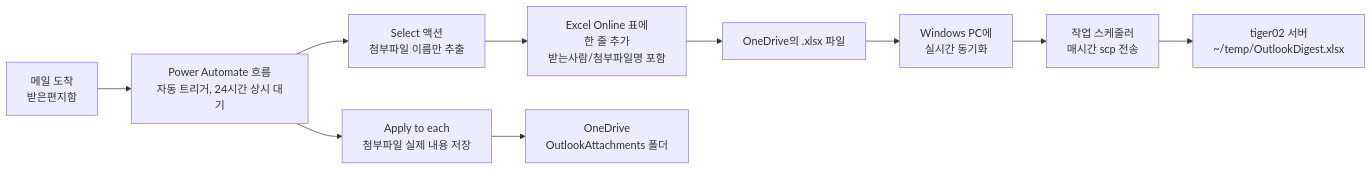
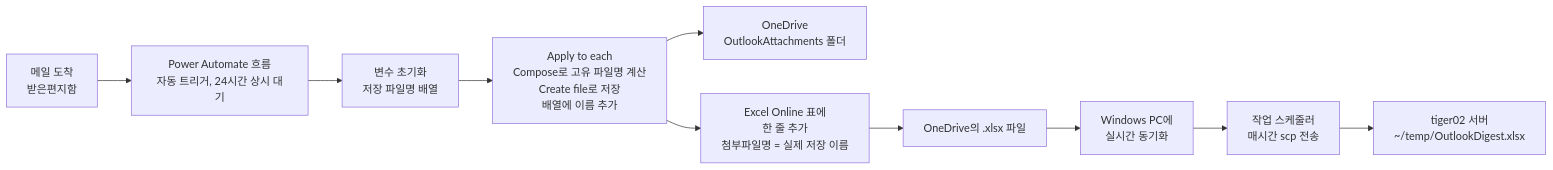
Before and after one commit to cheoljoo/outlook-mail-digest: the diagram in my_outlook_power_automate_setup.md, drawn with Mermaid. The commit also changed other lines of this file and 2 other files, not shown here.

Commit message:
docs: add zip-import quick start (section 0) using exported flow package

````diff
--- a/my_outlook_power_automate_setup.md
+++ b/my_outlook_power_automate_setup.md
@@ -14,12 +32,12 @@
 ```mermaid
 flowchart LR
     A[메일 도착<br/>받은편지함] --> B[Power Automate 흐름<br/>자동 트리거, 24시간 상시 대기]
-    B --> S[Select 액션<br/>첨부파일 이름만 추출]
-    S --> C[Excel Online 표에<br/>한 줄 추가<br/>받는사람/첨부파일명 포함]
+    B --> V[변수 초기화<br/>저장 파일명 배열]
+    V --> AT[Apply to each<br/>Compose로 고유 파일명 계산<br/>Create file로 저장<br/>배열에 이름 추가]
+    AT --> OD[OneDrive<br/>OutlookAttachments 폴더]
+    AT --> C[Excel Online 표에<br/>한 줄 추가<br/>첨부파일명 = 실제 저장 이름]
     C --> D[OneDrive의 .xlsx 파일]
-    B --> AT[Apply to each<br/>첨부파일 실제 내용 저장]
-    AT --> OD[OneDrive<br/>OutlookAttachments 폴더]
     D --> E[Windows PC에<br/>실시간 동기화]
     E --> F[작업 스케줄러<br/>매시간 scp 전송]
     F --> G[tiger02 서버<br/>~/temp/OutlookDigest.xlsx]
 ```
````
